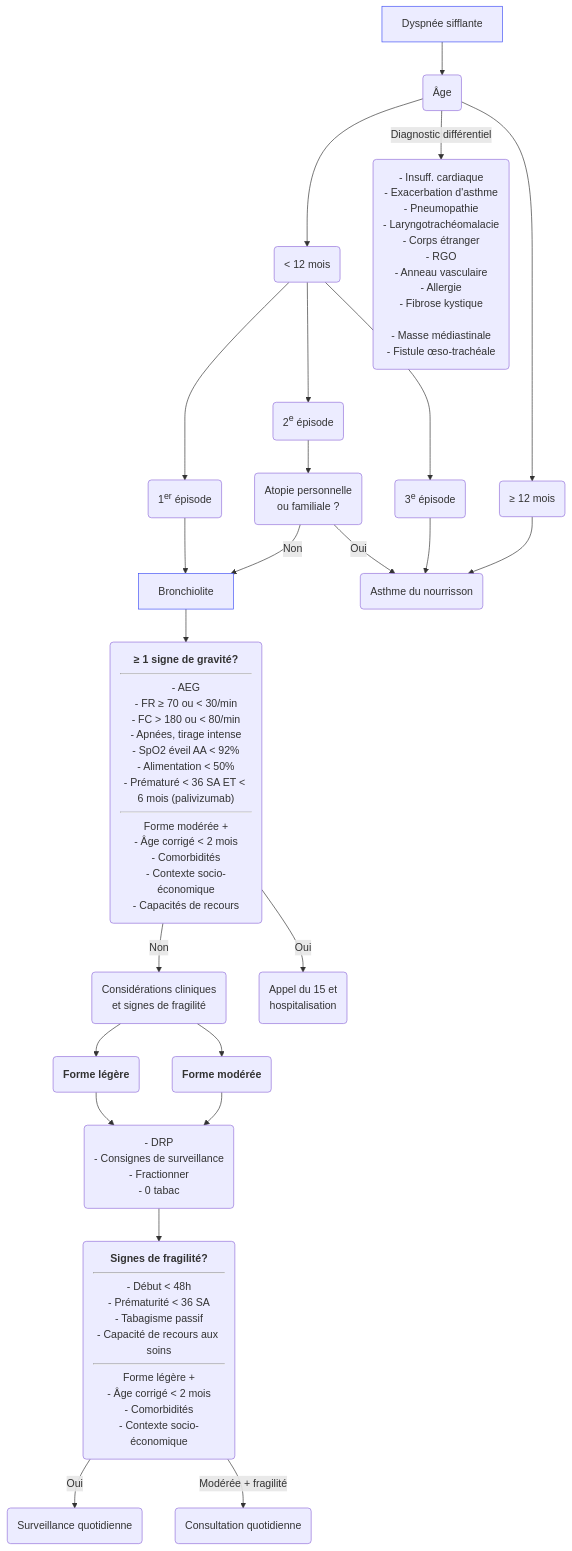
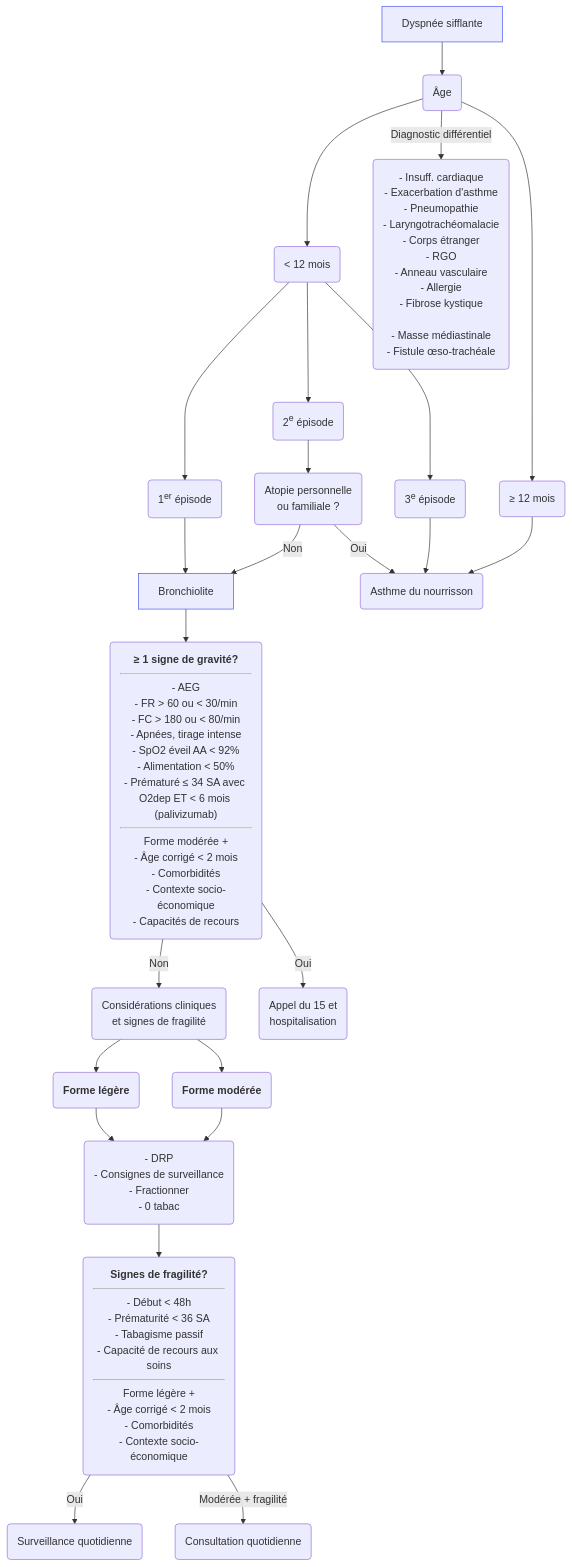
The diagram in content/recommandations/bronchiolite.md (djibe/recommandations-medicales), drawn with Mermaid before and after one commit. The commit also changed other lines of this file and 7 other files, not shown here.

```diff
--- a/content/recommandations/bronchiolite.md
+++ b/content/recommandations/bronchiolite.md
@@ -287,25 +287,25 @@
 {{< mermaid title="Conduite à tenir devant une dyspnée sifflante. Dr JB FRON d'après HAS/CNPP 2019" >}}
 graph TB
   dyspnee[Dyspnée sifflante] --> age(Âge)
   style dyspnee stroke:#4150f5, stroke-width:1px
     age --> moins12(&lt; 12 mois)
       moins12 --> 1(1<sup>er</sup> épisode) --> bronchiolite[Bronchiolite]
       style bronchiolite stroke:#4150f5, stroke-width:1px
-        bronchiolite --> gravite("<b>&ge; 1 signe de gravité?</b><hr>- AEG<br>- FR &ge; 70 ou &lt; 30/min<br>- FC &gt; 180 ou &lt; 80/min<br>- Apnées, tirage intense<br>- SpO2 éveil AA &lt; 92%<br>- Alimentation &lt; 50%<br>- Prématuré &lt; 36 SA ET &lt; 6 mois (palivizumab)<hr>Forme modérée +<br>- Âge corrigé &lt; 2 mois<br>- Comorbidités<br>- Contexte socio-économique<br>- Capacités de recours")
+        bronchiolite --> gravite("<b>&ge; 1 signe de gravité?</b><hr>- AEG<br>- FR &gt; 60 ou &lt; 30/min<br>- FC &gt; 180 ou &lt; 80/min<br>- Apnées, tirage intense<br>- SpO2 éveil AA &lt; 92%<br>- Alimentation &lt; 50%<br>- Prématuré &le; 34 SA avec O2dep ET &lt; 6 mois (palivizumab)<hr>Forme modérée +<br>- Âge corrigé &lt; 2 mois<br>- Comorbidités<br>- Contexte socio-économique<br>- Capacités de recours")
           gravite -- Non --> impression(Considérations cliniques<br>et signes de fragilité)
             impression --> legere("<b>Forme légère</b>")
               legere --> education("- DRP<br>- Consignes de surveillance<br>- Fractionner<br>- 0 tabac")
                 education --> fragilite("<b>Signes de fragilité?</b><hr>- Début &lt; 48h<br>- Prématurité &lt; 36 SA<br>- Tabagisme passif<br>- Capacité de recours aux soins<hr>Forme légère +<br>- Âge corrigé &lt; 2 mois<br>- Comorbidités<br>- Contexte socio-économique")
                   fragilite -- Oui --> vigilance(Surveillance quotidienne)
                   fragilite -- Modérée + fragilité --> consultation(Consultation quotidienne)
             impression --> moderee("<b>Forme modérée</b>")
               moderee --> education
           gravite -- Oui --> hospitalisation(Appel du 15 et<br>hospitalisation)
       moins12 --> 2(2<sup>e</sup> épisode) --> atopie(Atopie personnelle<br>ou familiale ?)
         atopie -- Non --> bronchiolite
         atopie -- Oui --> asthme
       moins12 --> 3(3<sup>e</sup> épisode) --> asthme(Asthme du nourrisson)
     age --> plus12("&ge; 12 mois") --> asthme
     age -- Diagnostic différentiel --> differentiel("- Insuff. cardiaque<br>- Exacerbation d'asthme<br>- Pneumopathie<br>- Laryngotrachéomalacie<br>- Corps étranger<br>- RGO<br>- Anneau vasculaire<br>- Allergie<br>- Fibrose kystique<br>
 - Masse médiastinale<br>- Fistule œso-trachéale")
 {{< /mermaid >}}
```
